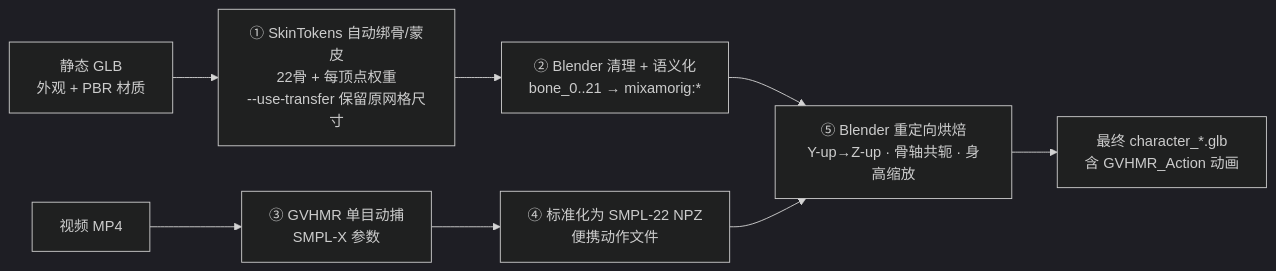
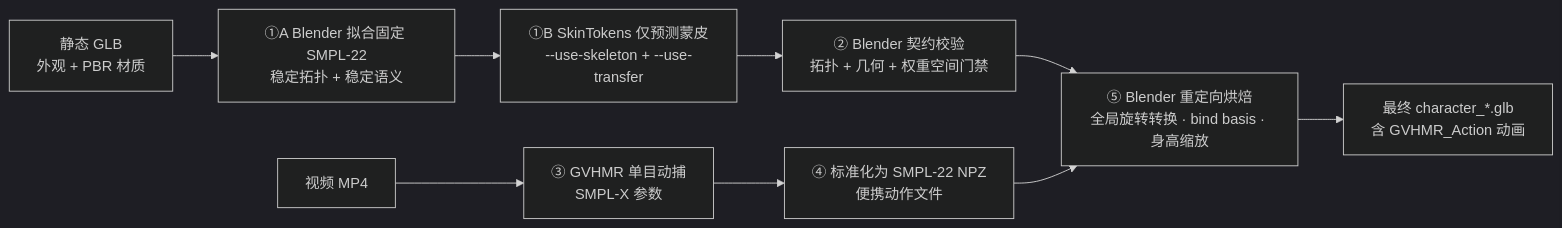
The first of 2 diagrams in docs/原始Lux3D-GLB到动画GLB-完整闭环运行手册.md (CaliInn-Li/hackday-0807), drawn with Mermaid (dark theme) before and after one commit. The commit also changed other lines of this file and 15 other files, not shown here.

````diff
--- a/docs/原始Lux3D-GLB到动画GLB-完整闭环运行手册.md
+++ b/docs/原始Lux3D-GLB到动画GLB-完整闭环运行手册.md
@@ -63,12 +65,13 @@
 ```mermaid
 flowchart LR
-    A["静态 GLB<br/>外观 + PBR 材质"] --> B["① SkinTokens 自动绑骨/蒙皮<br/>22骨 + 每顶点权重<br/>--use-transfer 保留原网格尺寸"]
-    B --> C["② Blender 清理 + 语义化<br/>bone_0..21 → mixamorig:*"]
+    A["静态 GLB<br/>外观 + PBR 材质"] --> B0["①A Blender 拟合固定 SMPL-22<br/>稳定拓扑 + 稳定语义"]
+    B0 --> B["①B SkinTokens 仅预测蒙皮<br/>--use-skeleton + --use-transfer"]
+    B --> C["② Blender 契约校验<br/>拓扑 + 几何 + 权重空间门禁"]
 
     V["视频 MP4"] --> D["③ GVHMR 单目动捕<br/>SMPL-X 参数"]
     D --> E["④ 标准化为 SMPL-22 NPZ<br/>便携动作文件"]
 
-    C --> F["⑤ Blender 重定向烘焙<br/>Y-up→Z-up · 骨轴共轭 · 身高缩放"]
+    C --> F["⑤ Blender 重定向烘焙<br/>全局旋转转换 · bind basis · 身高缩放"]
     E --> F
     F --> G["最终 character_*.glb<br/>含 GVHMR_Action 动画"]
 ```
````
